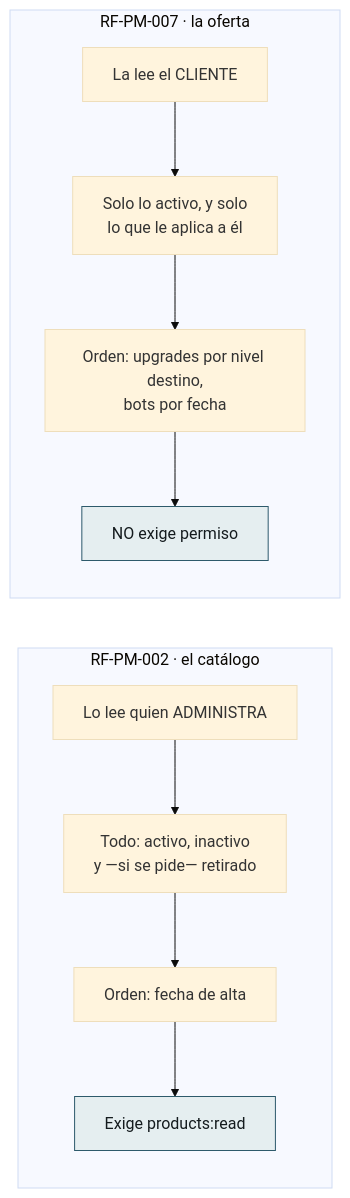
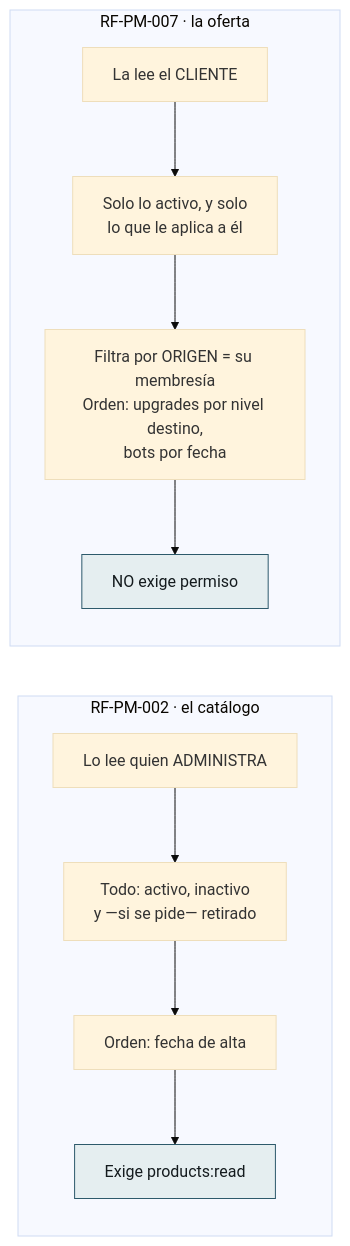
Before and after one commit to NexusPro-Dev/backend: the second of 4 diagrams in docs/flujos/pm/flujos-del-modulo.md, drawn with Mermaid (base theme). The commit also changed other lines of this file and 53 other files, not shown here.

````diff
--- a/docs/flujos/pm/flujos-del-modulo.md
+++ b/docs/flujos/pm/flujos-del-modulo.md
@@ -58,17 +58,17 @@
 ```mermaid
 flowchart LR
     subgraph A["RF-PM-002 · el catálogo"]
         A1["Lo lee quien ADMINISTRA"] --> A2["Todo: activo, inactivo<br/>y —si se pide— retirado"]
         A2 --> A3["Orden: fecha de alta"]
         A3 --> A4["Exige products:read"]
     end
 
     subgraph B["RF-PM-007 · la oferta"]
         B1["La lee el CLIENTE"] --> B2["Solo lo activo, y solo<br/>lo que le aplica a él"]
-        B2 --> B3["Orden: upgrades por nivel destino,<br/>bots por fecha"]
+        B2 --> B3["Filtra por ORIGEN = su membresía<br/>Orden: upgrades por nivel destino,<br/>bots por fecha"]
         B3 --> B4["NO exige permiso"]
     end
 
     classDef ok fill:#E5EEF0,stroke:#2D5A6B,color:#141B1E
     class A4,B4 ok
 ```
````
